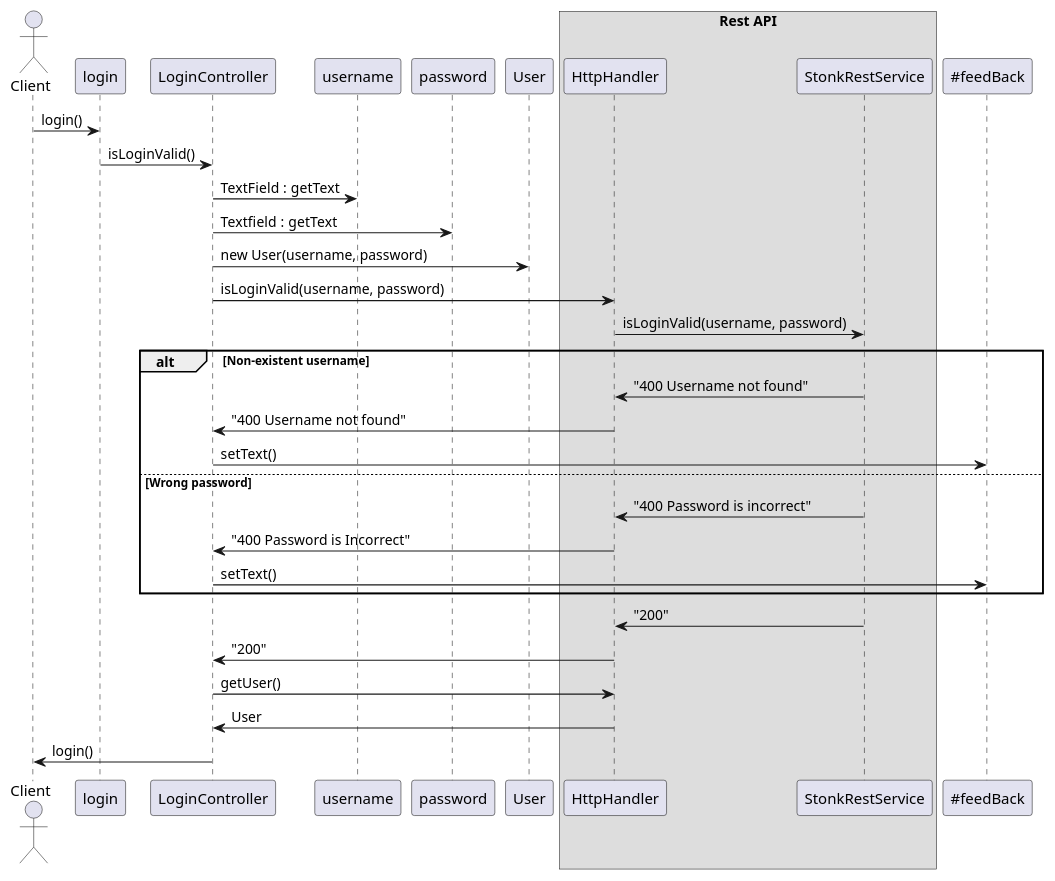
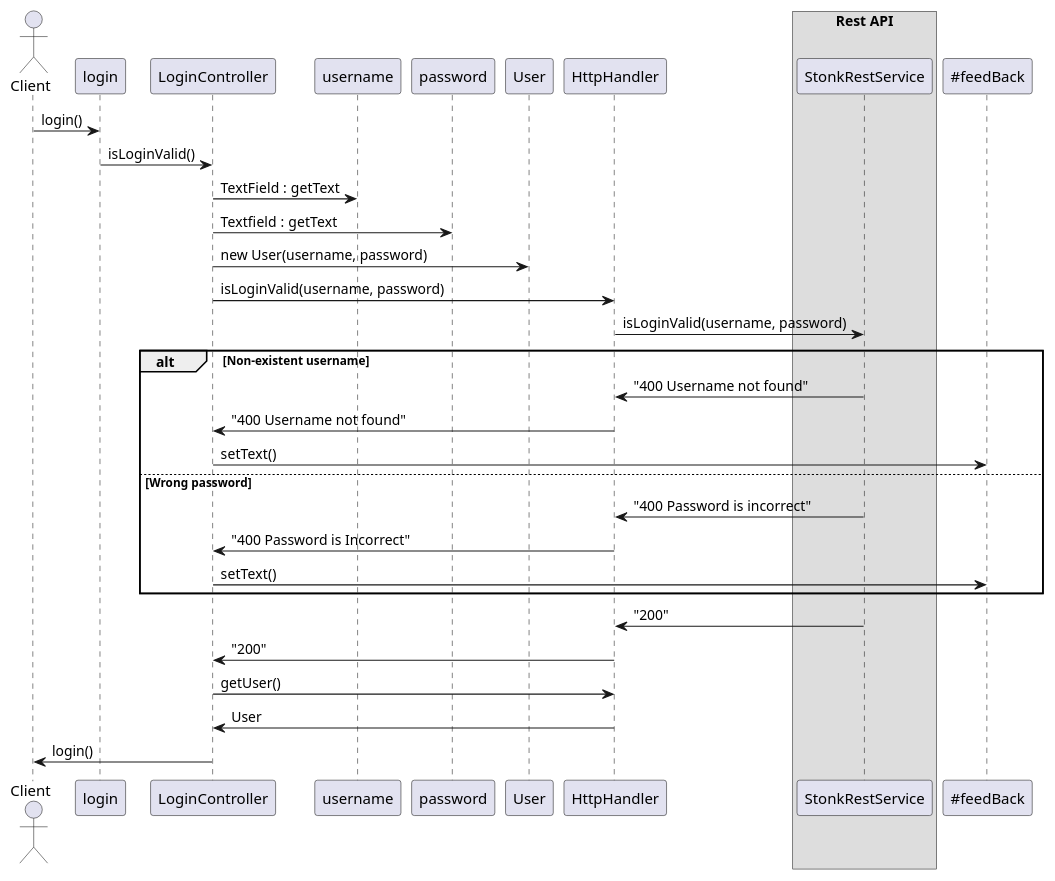
The diagram in docs/diagramsUML/sequenceDiagramLogin.puml (Camtrup/StonkApp), drawn with PlantUML before and after one commit. The commit also changed other lines of this file and 1 other file, not shown here.

Commit message:
#69 Added modification to both sequence diagrams

```diff
--- a/docs/diagramsUML/sequenceDiagramLogin.puml
+++ b/docs/diagramsUML/sequenceDiagramLogin.puml
@@ -1,37 +1,37 @@
 @startuml
 
 actor Client
 participant login
 participant LoginController
 participant username
 participant password
 participant User
+participant HttpHandler
 box Rest API
-participant HttpHandler
 participant StonkRestService
 end box
 
 
 Client -> "login": login()
 login -> "LoginController" : isLoginValid()
 LoginController -> "username": TextField : getText
 LoginController -> "password": Textfield : getText
 LoginController -> "User" : new User(username, password)
 LoginController -> "HttpHandler" : isLoginValid(username, password)
 HttpHandler -> "StonkRestService" : isLoginValid(username, password)
 alt Non-existent username
     StonkRestService -> "HttpHandler" : "400 Username not found" 
     HttpHandler -> "LoginController" : "400 Username not found"
     LoginController -> "~#feedBack" : setText()
 else Wrong password
     StonkRestService -> "HttpHandler" : "400 Password is incorrect" 
     HttpHandler -> "LoginController" : "400 Password is Incorrect"
     LoginController -> "~#feedBack" : setText()
 end
 StonkRestService -> "HttpHandler" : "200"
 HttpHandler -> "LoginController" : "200" 
 LoginController -> "HttpHandler" : getUser()
 HttpHandler -> "LoginController" : User
 LoginController -> "Client" : login()
 
 @enduml
```
